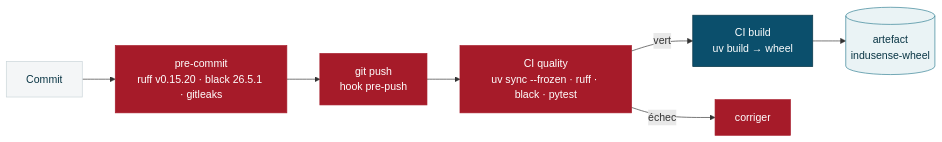
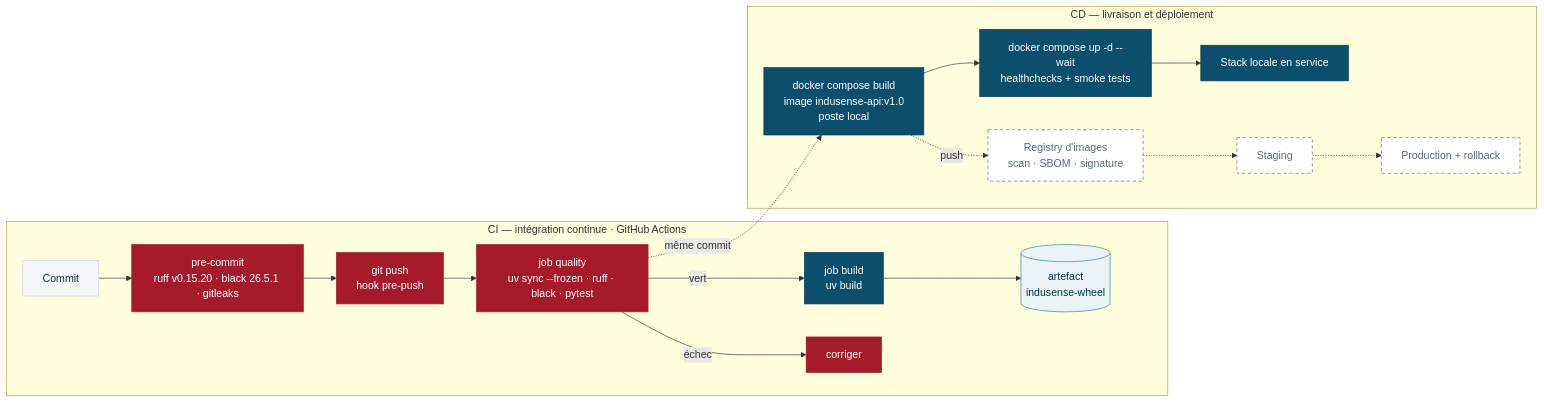
Before and after one commit to ISALLSYNC/CISIA_24082026_Parcours: the sixth of 6 diagrams in docs/DAT_InduSense_tel_que_realise.md, drawn with Mermaid. The commit also changed other lines of this file and 1 other file, not shown here.

First line of the commit message:
docs(DAT): rendre visibles modele, persistance, Prefect et CI/CD dans les schemas

````diff
--- a/docs/DAT_InduSense_tel_que_realise.md
+++ b/docs/DAT_InduSense_tel_que_realise.md
@@ -439,13 +515,26 @@
 ```mermaid
 flowchart LR
-  C[Commit]:::support --> H[pre-commit<br/>ruff v0.15.20 · black 26.5.1 · gitleaks]:::critical
-  H --> PU[git push<br/>hook pre-push]:::critical
-  PU --> Q[CI quality<br/>uv sync --frozen · ruff · black · pytest]:::critical
-  Q -->|vert| B[CI build<br/>uv build → wheel]:::core
-  Q -->|échec| X[corriger]:::critical
-  B --> A[(artefact<br/>indusense-wheel)]:::data
+  subgraph CI[CI — intégration continue · GitHub Actions]
+    C[Commit]:::support --> H[pre-commit<br/>ruff v0.15.20 · black 26.5.1 · gitleaks]:::critical
+    H --> PU[git push<br/>hook pre-push]:::critical
+    PU --> Q[job quality<br/>uv sync --frozen · ruff · black · pytest]:::critical
+    Q -->|vert| B[job build<br/>uv build]:::core
+    Q -->|échec| X[corriger]:::critical
+    B --> A[(artefact<br/>indusense-wheel)]:::data
+  end
+  subgraph CD[CD — livraison et déploiement]
+    DB2[docker compose build<br/>image indusense-api:v1.0<br/>poste local]:::core --> UP[docker compose up -d --wait<br/>healthchecks + smoke tests]:::core
+    UP --> RUN[Stack locale en service]:::core
+    REG[Registry d'images<br/>scan · SBOM · signature]:::ext
+    STG[Staging]:::ext
+    PRD[Production + rollback]:::ext
+  end
+  Q -.même commit.-> DB2
+  DB2 -.push.-> REG
+  REG -.-> STG -.-> PRD
   classDef core fill:#0B4F6C,color:#FFFFFF,stroke:#093544;
   classDef critical fill:#A61B29,color:#FFFFFF,stroke:#A61B29;
   classDef data fill:#EAF3F5,color:#093544,stroke:#2E7E92;
   classDef support fill:#F4F6F7,color:#093544,stroke:#C9D4D8;
+  classDef ext fill:#FFFFFF,color:#5A6B73,stroke:#5A6B73,stroke-dasharray:5 4;
 ```
````
